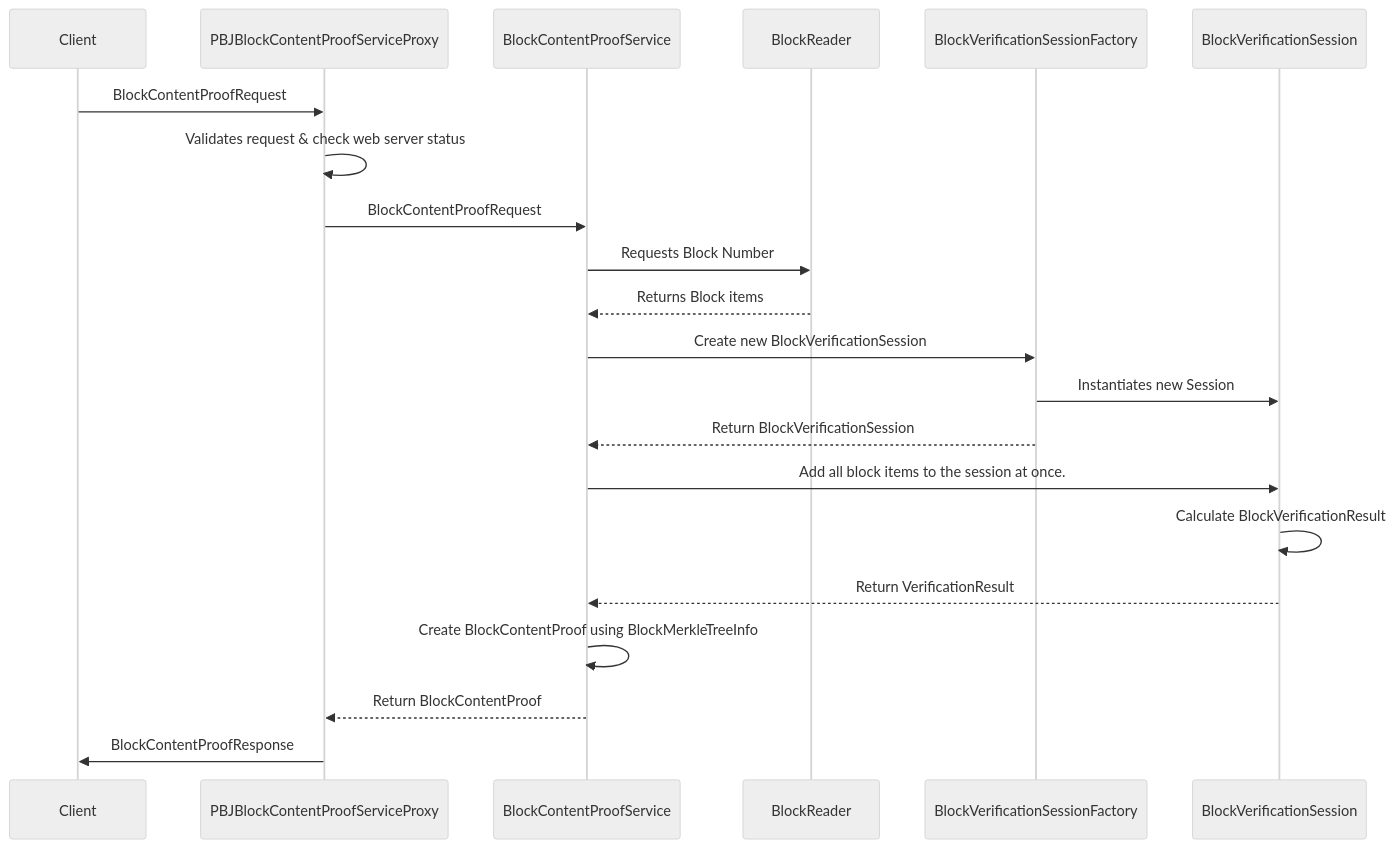
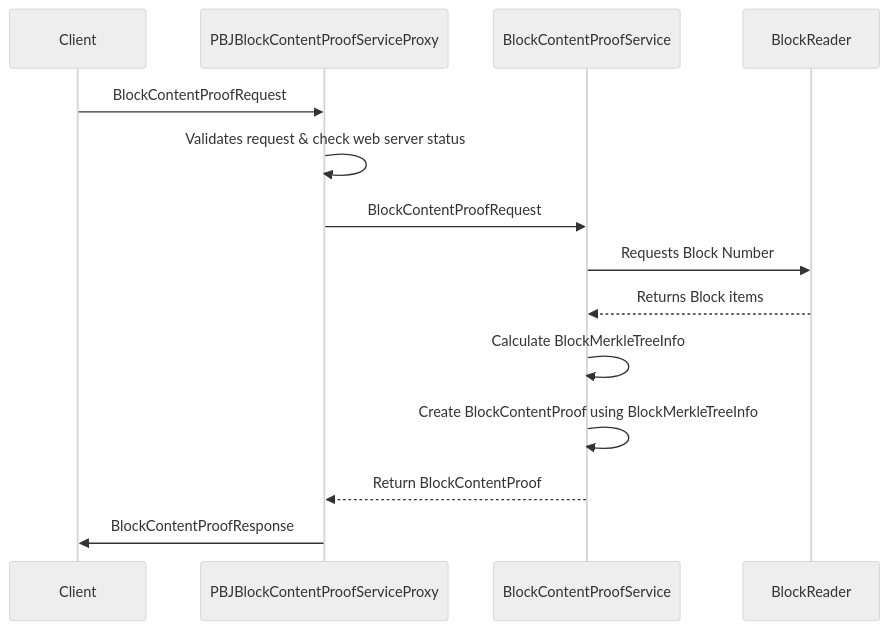
Before and after one commit to hiero-ledger/hiero-block-node: the diagram in block-node/server/docs/design/block-content-proof.md, drawn with Mermaid (neutral theme). The commit also changed other lines of this file, not shown here.

Commit message:
Adding block-content-proof.md design doc

````diff
--- a/block-node/server/docs/design/block-content-proof.md
+++ b/block-node/server/docs/design/block-content-proof.md
@@ -135,25 +148,18 @@
 ```mermaid
 sequenceDiagram
     participant Client as Client
     participant Proxy as PBJBlockContentProofServiceProxy
     participant Service as BlockContentProofService
     participant Reader as BlockReader
-    participant SessionFactory as BlockVerificationSessionFactory
-    participant Session as BlockVerificationSession
 
-    Client->>Proxy: BlockContentProofRequest
-    Proxy->>Proxy: Validates request & check web server status
+    Client->>Proxy:  BlockContentProofRequest
+    Proxy->>Proxy:  Validates request & check web server status
     Proxy->>Service: BlockContentProofRequest
     Service->>Reader: Requests Block Number
     Reader-->>Service: Returns Block items
-    Service->>SessionFactory: Create new BlockVerificationSession
-    SessionFactory->>Session: Instantiates new Session
-    SessionFactory-->>Service: Return BlockVerificationSession
-    Service->>Session: Add all block items to the session at once.
-    Session->>Session: Calculate BlockVerificationResult    
-    Session-->>Service: Return VerificationResult
+    Service->>Service: Calculate BlockMerkleTreeInfo
     Service->>Service: Create BlockContentProof using BlockMerkleTreeInfo
     Service-->>Proxy: Return BlockContentProof
     Proxy->>Client: BlockContentProofResponse
 
 ```
````
